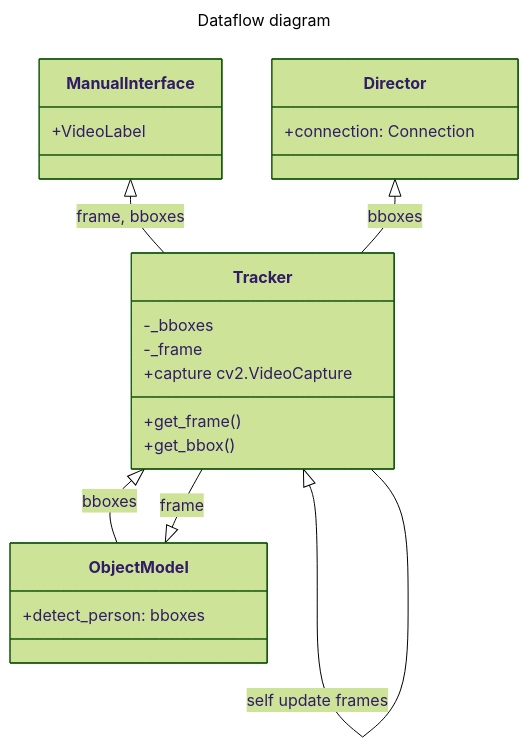
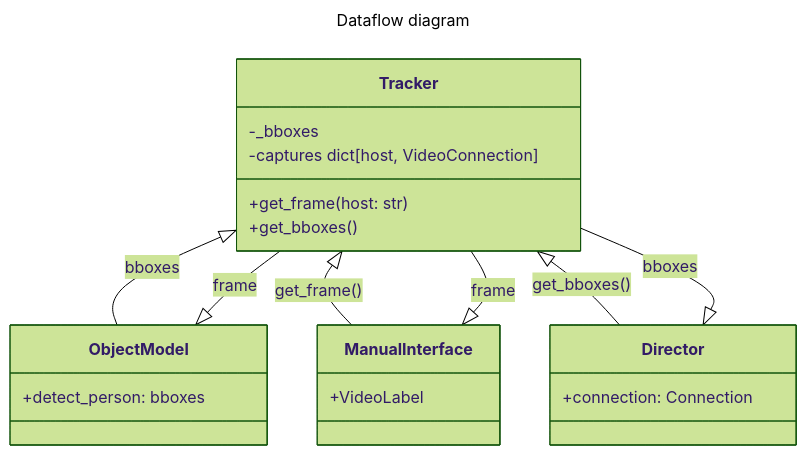
The diagram in technical/architecture/Commander Architecture.md (talos-rit/project_documentation), drawn with Mermaid (forest theme) before and after one commit. The commit also changed 1 other file, not shown here.

Commit message:
Feat: doc update 2025-11-24 17:54:33

````diff
--- a/technical/architecture/Commander Architecture.md
+++ b/technical/architecture/Commander Architecture.md
@@ -88,29 +88,29 @@
 ```mermaid
 ---
 title: Dataflow diagram
 ---
 classDiagram
     Tracker <|-- ObjectModel : bboxes
-    Tracker <|-- Tracker : self update frames
-    ManualInterface <|-- Tracker : frame, bboxes
+    Tracker <|-- ManualInterface : get_frame()
+    ManualInterface <|-- Tracker : frame
     ObjectModel <|-- Tracker : frame
+    Tracker <|-- Director : get_bboxes()
     Director <|-- Tracker : bboxes
 	
 	class Tracker{
 	    -_bboxes
-	    -_frame
-        +capture cv2.VideoCapture
-        +get_frame()
-        +get_bbox()
+	    -captures dict[host, VideoConnection]
+        +get_frame(host: str)
+        +get_bboxes()
     }
     class ManualInterface{
         +VideoLabel
     }
     class ObjectModel{
 	    +detect_person: bboxes
     }
     class Director{
         +connection: Connection
     }
     
 ```
````
